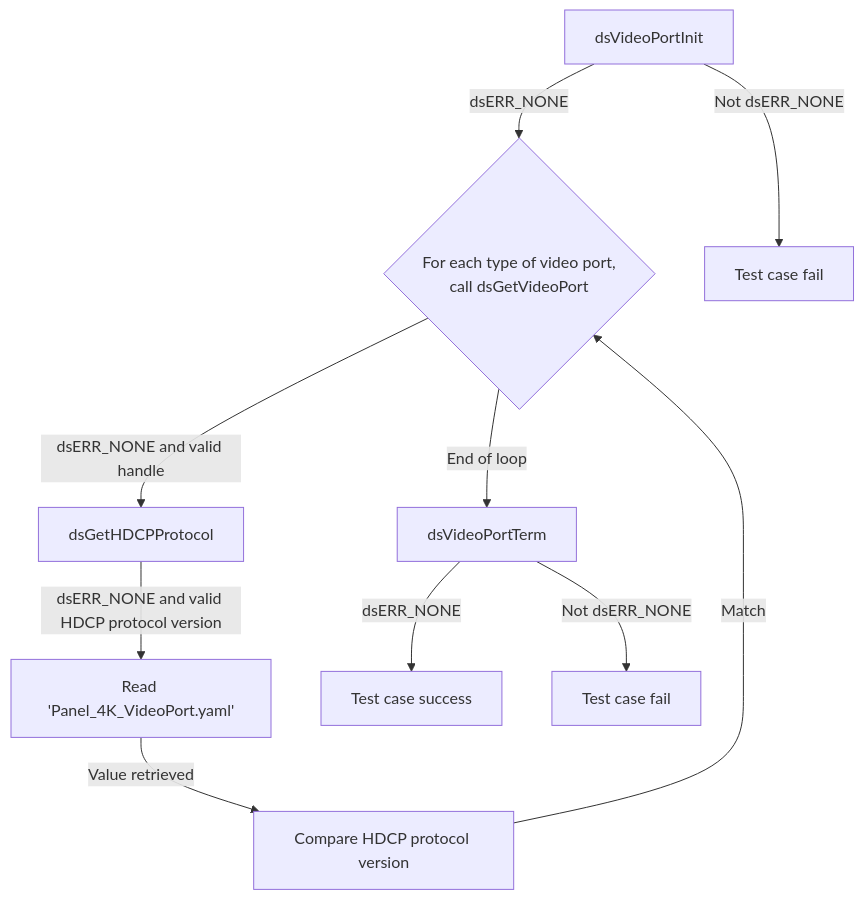
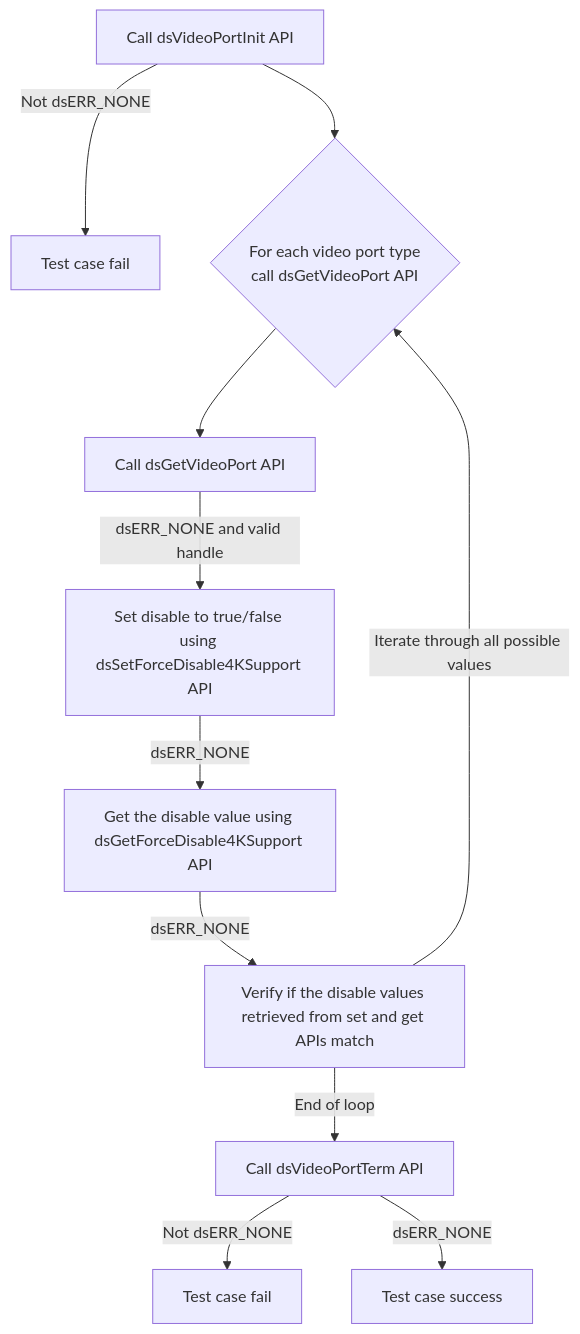
One commit to rdkcentral/rdk-halif-test-device_settings changed diagram 12 of 30 in docs/pages/dsVideoPort_L2_Low-Level_TestSpecification.md. Above: the diagram before and after it, drawn with Mermaid. The commit also changed other lines of this file and 5 other files, not shown here.

````diff
--- a/docs/pages/dsVideoPort_L2_Low-Level_TestSpecification.md
+++ b/docs/pages/dsVideoPort_L2_Low-Level_TestSpecification.md
@@ -469,12 +555,11 @@
 ```mermaid
 graph TB
-A[dsVideoPortInit] -->|dsERR_NONE| B{For each type of video port, <br> call dsGetVideoPort }
-B -->|dsERR_NONE and valid handle| C[dsGetHDCPProtocol]
-A -->|Not dsERR_NONE| A1[Test case fail]
-C -->|dsERR_NONE and valid HDCP protocol version| D[Read 'Panel_4K_VideoPort.yaml']
-D -->|Value retrieved| E[Compare HDCP protocol version]
-E -->|Match|B
-B -->|End of loop| F[dsVideoPortTerm]
-F -->|dsERR_NONE| G[Test case success]
-F -->|Not dsERR_NONE| F1[Test case fail]
+    A[Call dsVideoPortInit API] -->|Not dsERR_NONE| A1[Test case fail]
+    A --> P{For each video port type <br>call dsGetVideoPort API} --> B[Call dsGetVideoPort API] 
+    B[Call dsGetVideoPort API] --> |dsERR_NONE and valid handle|C[Set disable to true/false using dsSetForceDisable4KSupport API]
+    C --> |dsERR_NONE| D[Get the disable value using dsGetForceDisable4KSupport API] 
+    D --> |dsERR_NONE| E[Verify if the disable values retrieved from set and get APIs match]
+    E --> |Iterate through all possible values | P
+    E --> |End of loop| F -->|Not dsERR_NONE| G[Test case fail]
+    F[Call dsVideoPortTerm API] -->|dsERR_NONE| F1[Test case success]
 ```
````
